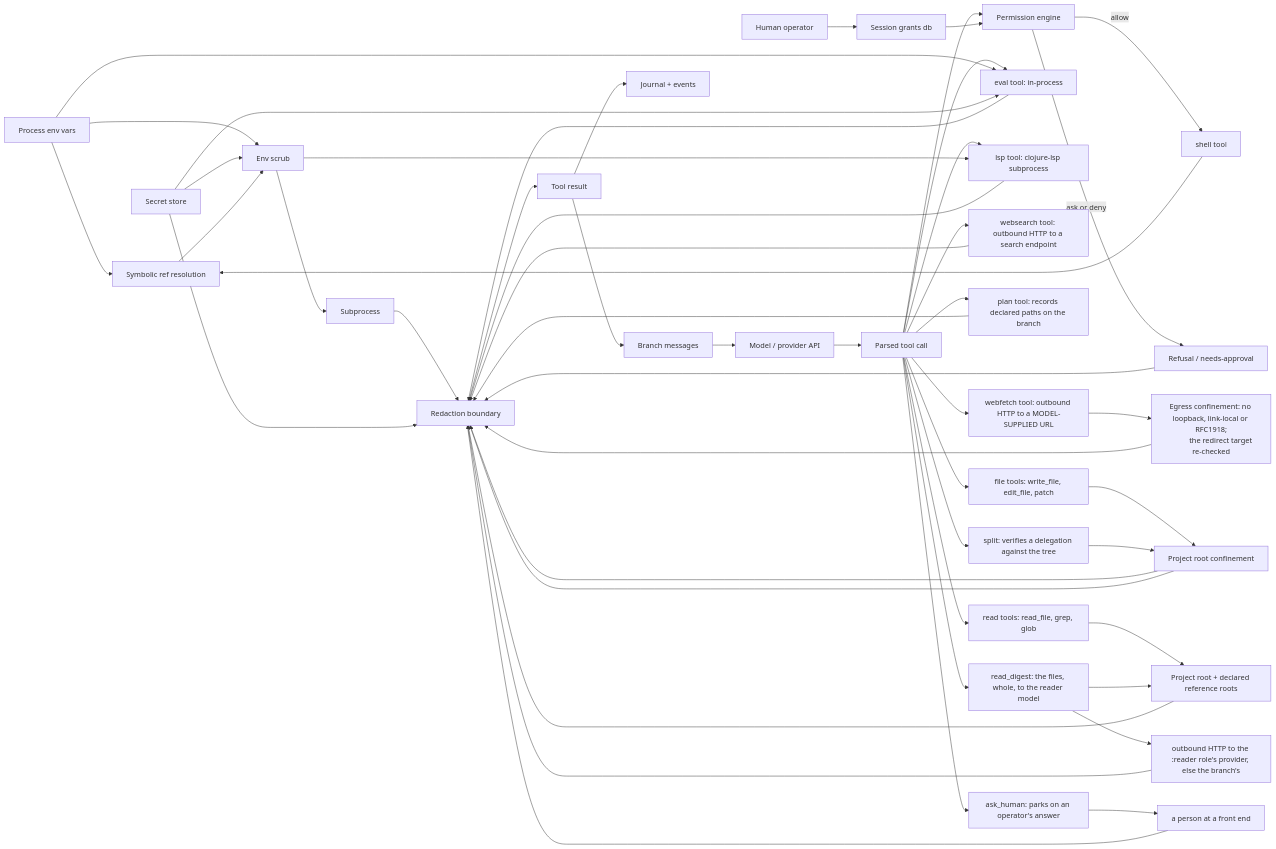
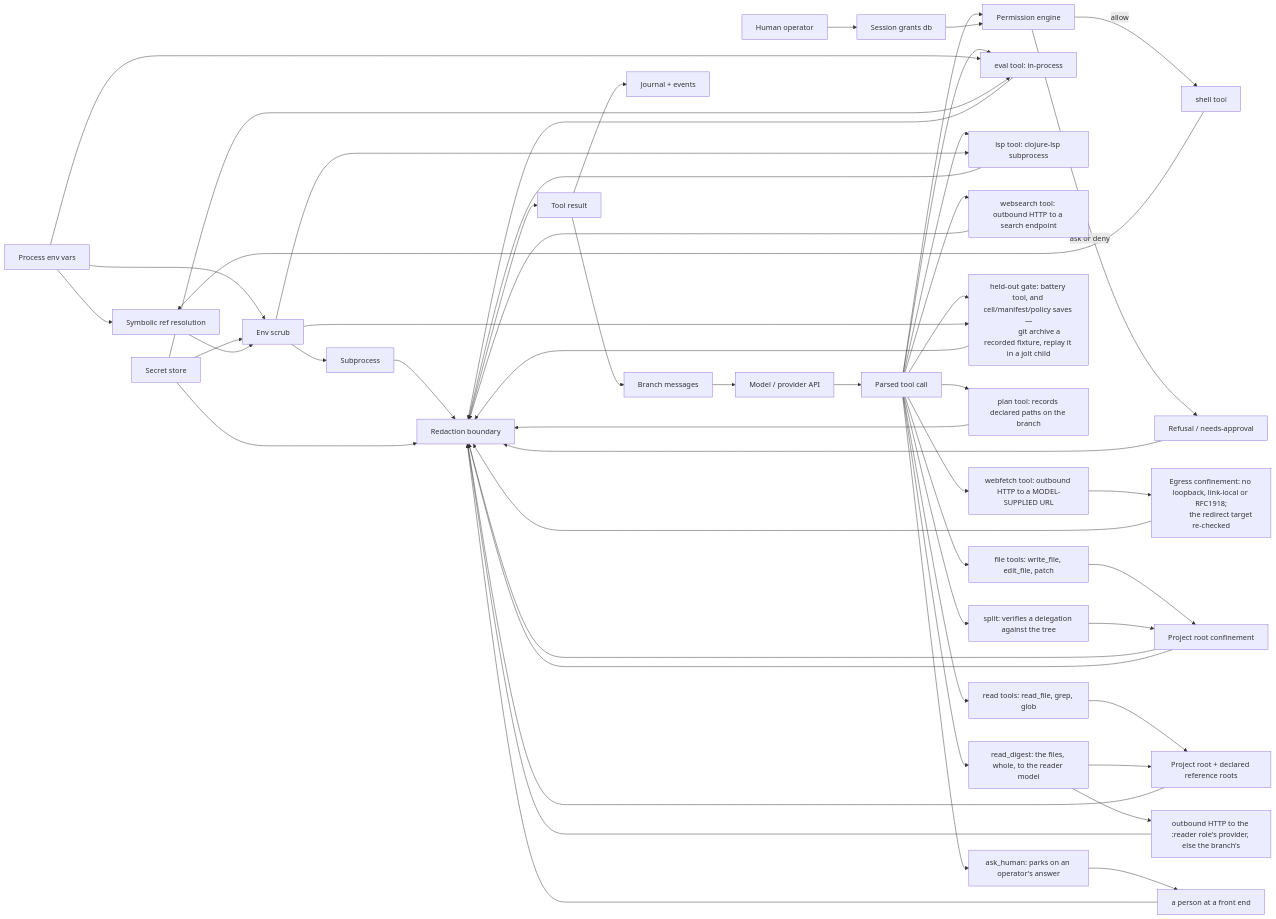
One commit to yogthos/samizdat changed the diagram in docs/RFCS/RFC-003-security-model.md. Above: the diagram before and after it, drawn with Mermaid. The commit also changed 24 other files, not shown here.

First line of the commit message:
Replay the held-out battery before a cell, manifest or policy edit goes live

```diff
--- a/docs/RFCS/RFC-003-security-model.md
+++ b/docs/RFCS/RFC-003-security-model.md
@@ -108,6 +108,12 @@
     webfetch --> egress
     egress --> redact
 
+    heldout[held-out gate: battery tool, and cell/manifest/policy saves —
+            git archive a recorded fixture, replay it in a jolt child]
+    toolcall --> heldout
+    scrub --> heldout
+    heldout --> redact
+
     plan[plan tool: records declared paths on the branch]
     toolcall --> plan
     plan --> redact
```
